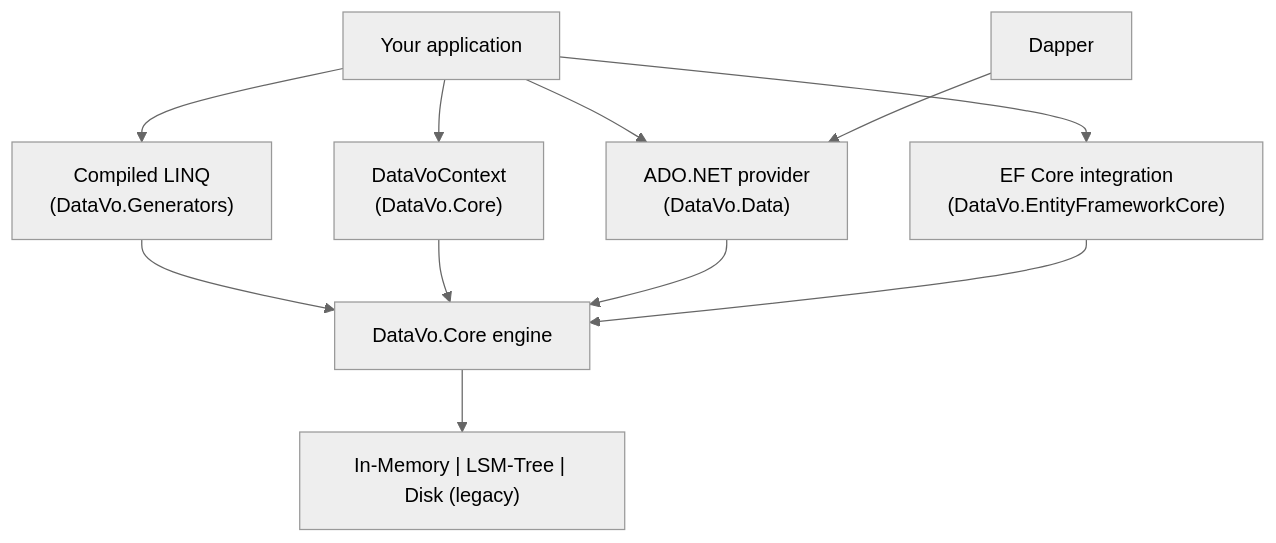
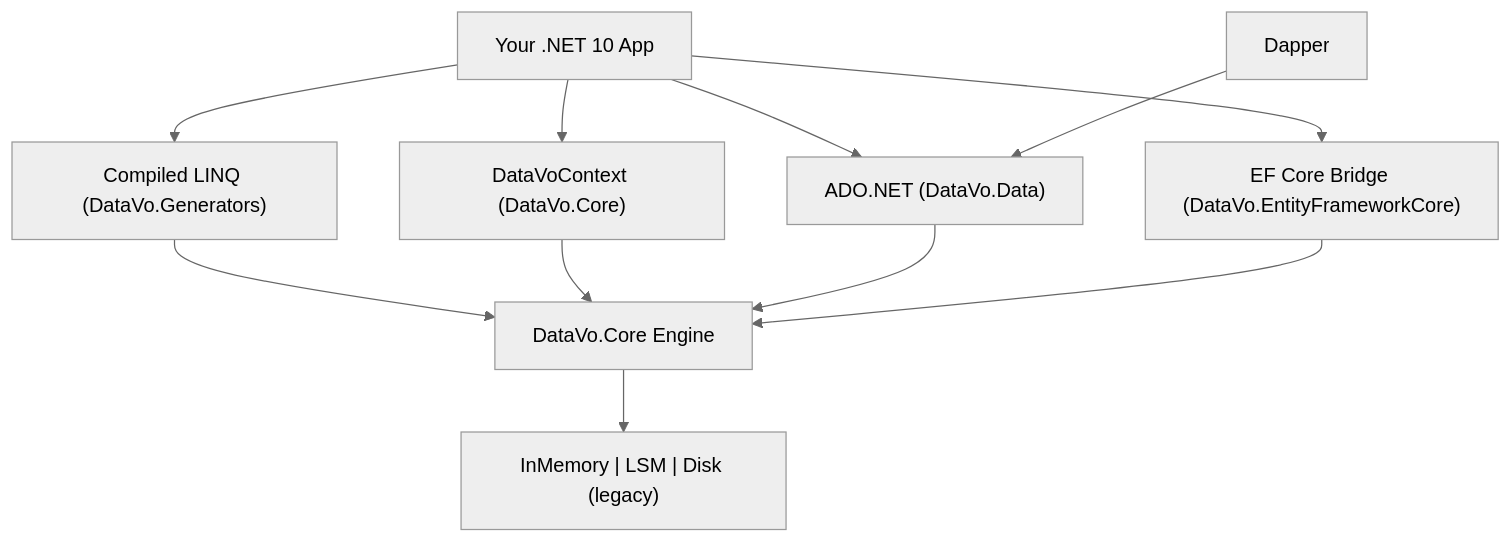
The diagram in docs/public/ai/pages/manual/getting-started/choosing-an-interface.md (ArintonAkos/DataVo-DBMS), drawn with Mermaid (neutral theme) before and after one commit. The commit also changed other lines of this file and 151 other files, not shown here.

````diff
--- a/docs/public/ai/pages/manual/getting-started/choosing-an-interface.md
+++ b/docs/public/ai/pages/manual/getting-started/choosing-an-interface.md
@@ -27,14 +22,14 @@
 ```mermaid
 flowchart TD
-  App["Your application"]
-  App --> LINQ["Compiled LINQ<br/>(DataVo.Generators)"]
-  App --> Ctx["DataVoContext<br/>(DataVo.Core)"]
-  App --> Ado["ADO.NET provider<br/>(DataVo.Data)"]
-  App --> EF["EF Core integration<br/>(DataVo.EntityFrameworkCore)"]
+  App["Your .NET 10 App"]
+  App --> LINQ["Compiled LINQ (DataVo.Generators)"]
+  App --> Ctx["DataVoContext (DataVo.Core)"]
+  App --> Ado["ADO.NET (DataVo.Data)"]
+  App --> EF["EF Core Bridge (DataVo.EntityFrameworkCore)"]
   Dapper["Dapper"] --> Ado
-  LINQ --> Core["DataVo.Core engine"]
+  LINQ --> Core["DataVo.Core Engine"]
   Ctx --> Core
   Ado --> Core
   EF --> Core
-  Core --> Storage["In-Memory | LSM-Tree | Disk (legacy)"]
+  Core --> Storage["InMemory | LSM | Disk (legacy)"]
 ```
````
